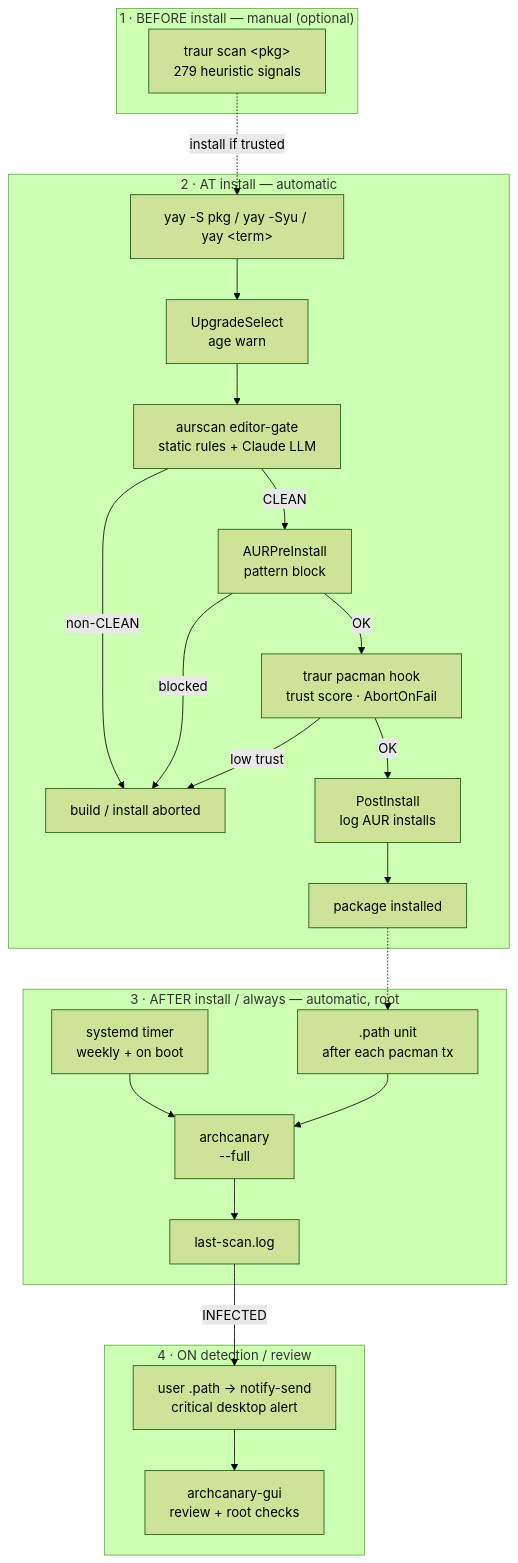
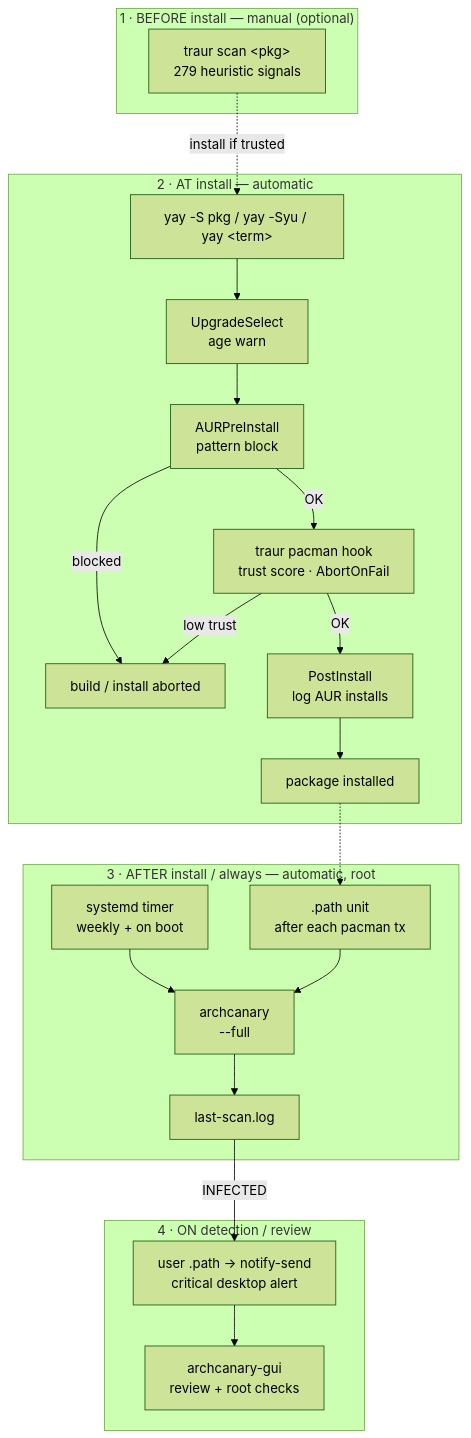
The diagram in docs/overview.md (musqz/archcanary), drawn with Mermaid (forest theme) before and after one commit. The commit also changed other lines of this file and 11 other files, not shown here.

````diff
--- a/docs/overview.md
+++ b/docs/overview.md
@@ -10,32 +10,30 @@
 ```mermaid
 flowchart TD
     subgraph PRE["1 · BEFORE install — manual (optional)"]
         T["traur scan &lt;pkg&gt;<br/>279 heuristic signals"]
     end
 
     subgraph AT["2 · AT install — automatic"]
         U["yay -S pkg / yay -Syu / yay &lt;term&gt;"] --> SEL["UpgradeSelect<br/>age warn"]
-        SEL --> GATE["aurscan editor-gate<br/>static rules + Claude LLM"]
-        GATE -->|non-CLEAN| AB["build / install aborted"]
-        GATE -->|CLEAN| PRI["AURPreInstall<br/>pattern block"]
-        PRI -->|blocked| AB
+        SEL --> PRI["AURPreInstall<br/>pattern block"]
+        PRI -->|blocked| AB["build / install aborted"]
         PRI -->|OK| TH["traur pacman hook<br/>trust score · AbortOnFail"]
         TH -->|low trust| AB
         TH -->|OK| POST["PostInstall<br/>log AUR installs"]
         POST --> OK["package installed"]
     end
 
     subgraph AFTER["3 · AFTER install / always — automatic, root"]
         TIM["systemd timer<br/>weekly + on boot"] --> SCAN["archcanary<br/>--full"]
         PTH[".path unit<br/>after each pacman tx"] --> SCAN
         SCAN --> LOG["last-scan.log"]
     end
 
     subgraph ALERT["4 · ON detection / review"]
         LOG -->|INFECTED| NOT["user .path → notify-send<br/>critical desktop alert"]
         NOT --> GUI["archcanary-gui<br/>review + root checks"]
     end
 
     T -.->|install if trusted| U
     OK -.-> PTH
 ```
````
